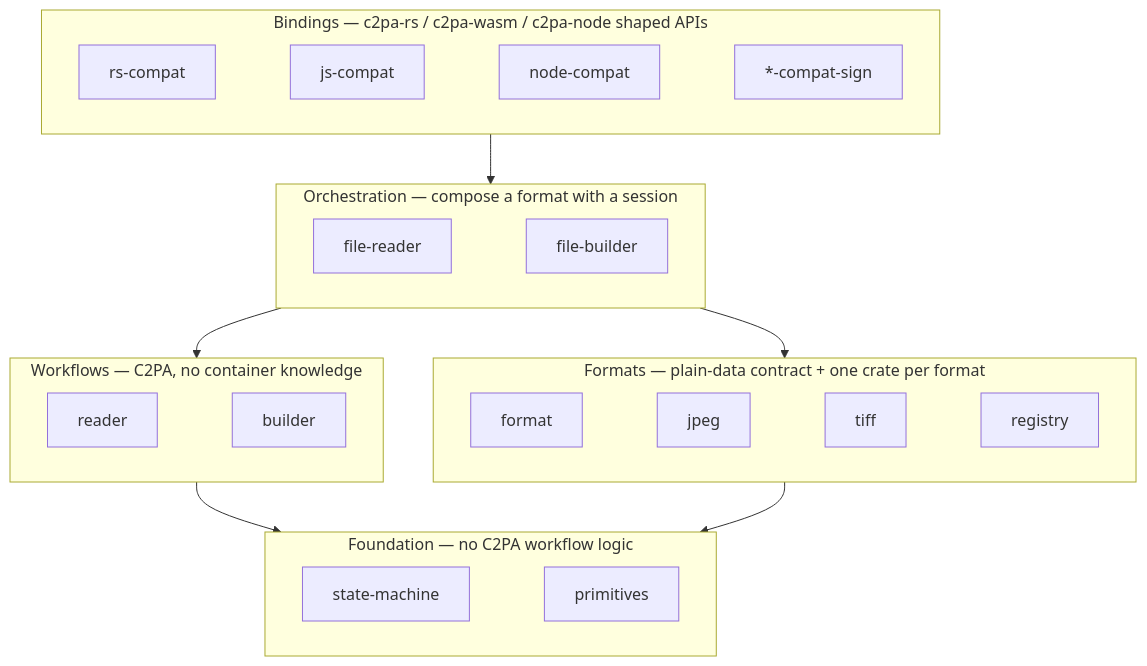
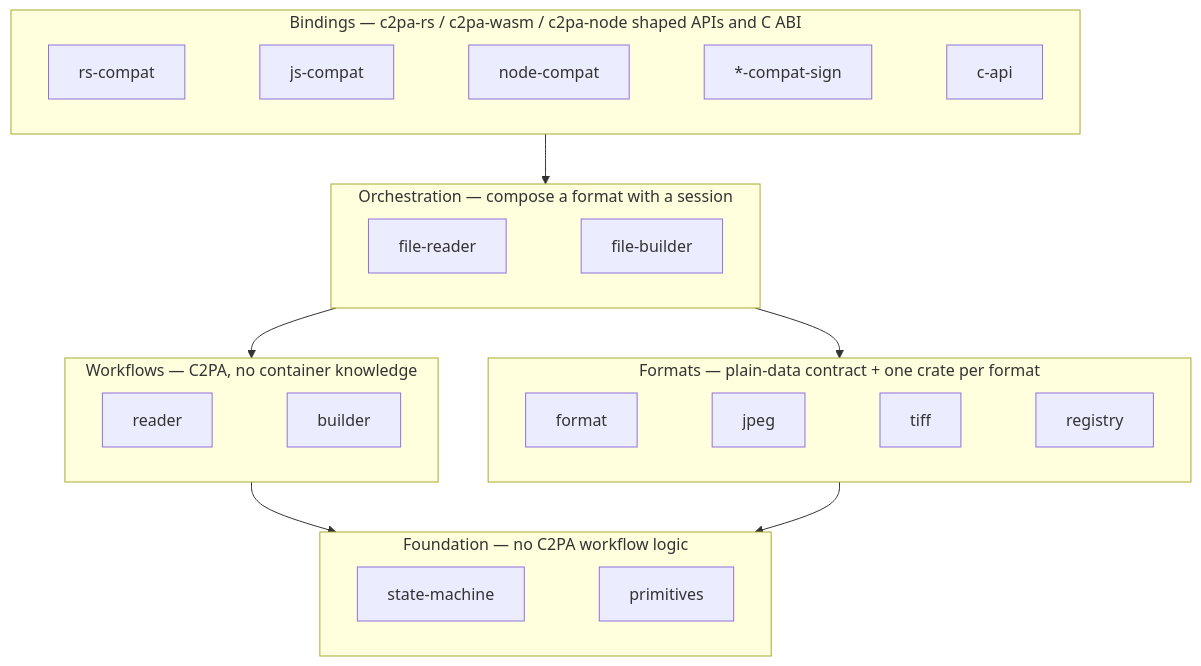
One commit to scouten/state-machine-experiment changed the second of 2 diagrams in docs/walkthrough/02-architecture.md. Above: the diagram before and after it, drawn with Mermaid. The commit also changed other lines of this file and 14 other files, not shown here.

````diff
--- a/docs/walkthrough/02-architecture.md
+++ b/docs/walkthrough/02-architecture.md
@@ -69,25 +71,25 @@
 ```mermaid
 flowchart TB
-    subgraph L5["Bindings — c2pa-rs / c2pa-wasm / c2pa-node shaped APIs"]
+    subgraph L5["Bindings — c2pa-rs / c2pa-wasm / c2pa-node shaped APIs and C ABI"]
         direction LR
-        b1[rs-compat] ~~~ b2[js-compat] ~~~ b3[node-compat] ~~~ b4["*-compat-sign"]
+        b1[rs-compat] ~~~ b2[js-compat] ~~~ b3[node-compat] ~~~ b4["*-compat-sign"] ~~~ b5[c-api]
     end
     subgraph L4["Orchestration — compose a format with a session"]
         direction LR
         o1[file-reader] ~~~ o2[file-builder]
     end
     subgraph L3["Formats — plain-data contract + one crate per format"]
         direction LR
         f1[format] ~~~ f2[jpeg] ~~~ f3[tiff] ~~~ f4[registry]
     end
     subgraph L2["Workflows — C2PA, no container knowledge"]
         direction LR
         w1[reader] ~~~ w2[builder]
     end
     subgraph L1["Foundation — no C2PA workflow logic"]
         direction LR
         e1[state-machine] ~~~ e2[primitives]
     end
     L5 --> L4 --> L2 --> L1
     L4 --> L3 --> L1
 ```
````
